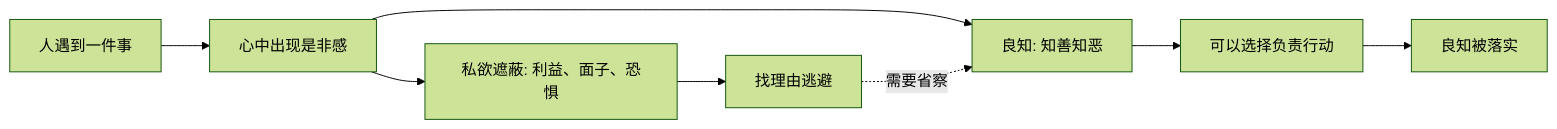
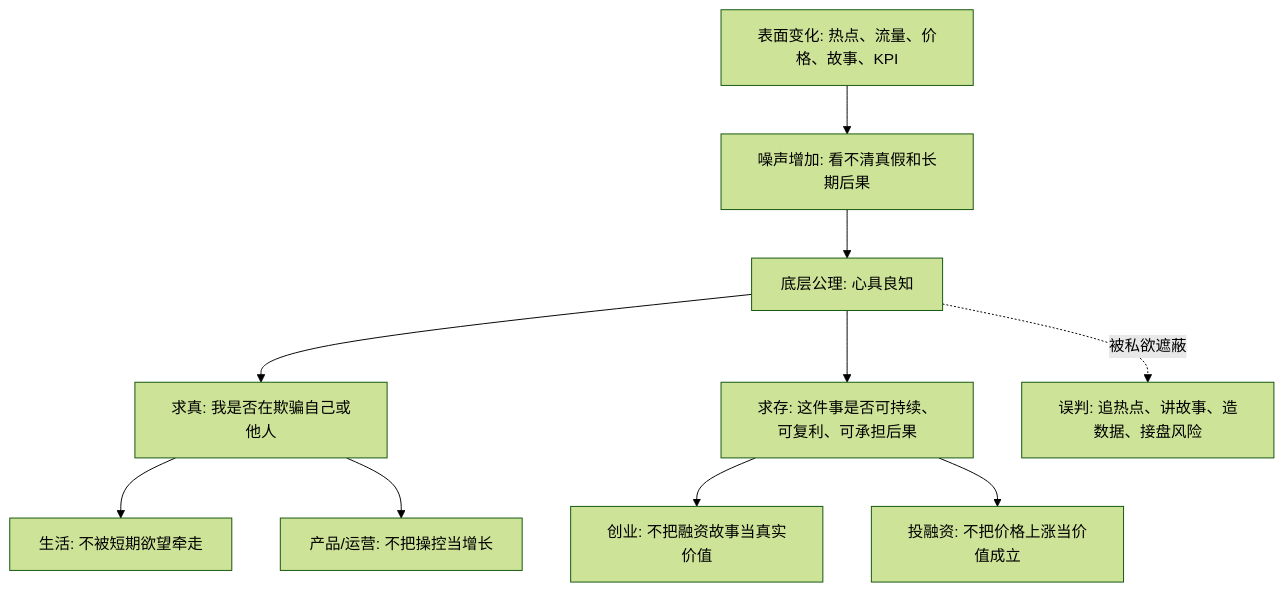
The diagram in 202605/20260518_73.md (digoal/blog), drawn with Mermaid (forest theme) before and after one commit. The commit also changed other lines of this file and 51 other files, not shown here.

````diff
--- a/202605/20260518_73.md
+++ b/202605/20260518_73.md
@@ -22,10 +22,12 @@
 ```mermaid
-flowchart LR
-  A["人遇到一件事"] --> B["心中出现是非感"]
-  B --> C["良知: 知善知恶"]
-  C --> D["可以选择负责行动"]
-  B --> E["私欲遮蔽: 利益、面子、恐惧"]
-  E --> F["找理由逃避"]
-  D --> G["良知被落实"]
-  F -. "需要省察" .-> C
+flowchart TD
+  A["表面变化: 热点、流量、价格、故事、KPI"] --> B["噪声增加: 看不清真假和长期后果"]
+  B --> C["底层公理: 心具良知"]
+  C --> D["求真: 我是否在欺骗自己或他人"]
+  C --> E["求存: 这件事是否可持续、可复利、可承担后果"]
+  D --> F["生活: 不被短期欲望牵走"]
+  D --> G["产品/运营: 不把操控当增长"]
+  E --> H["创业: 不把融资故事当真实价值"]
+  E --> I["投融资: 不把价格上涨当价值成立"]
+  C -. "被私欲遮蔽" .-> J["误判: 追热点、讲故事、造数据、接盘风险"]
 ```
````
